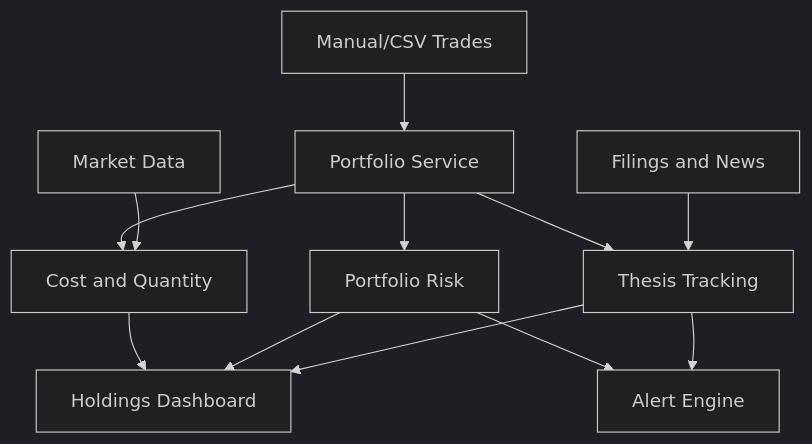
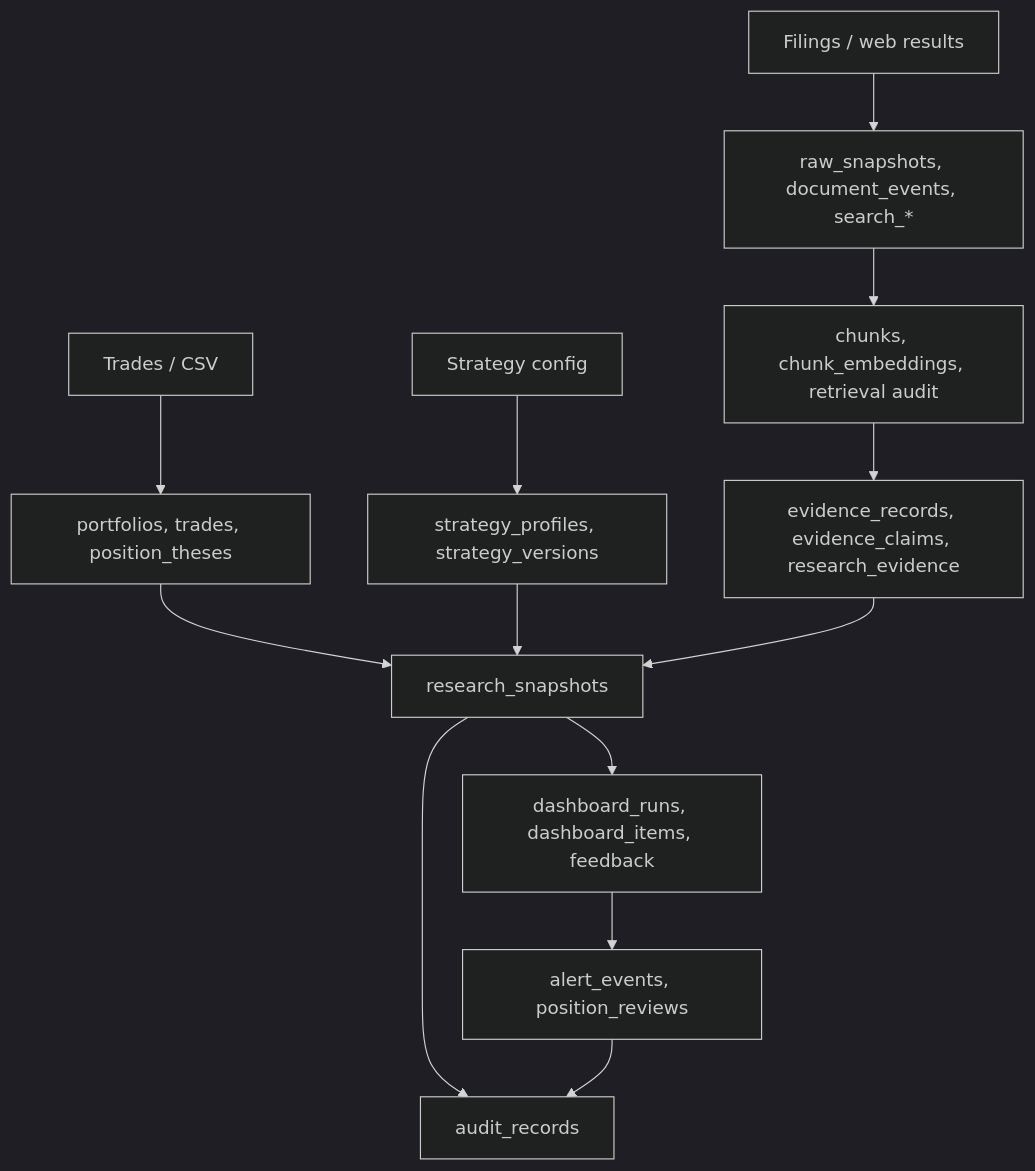
Before and after one commit to RickyW0529/Margin: the seventh of 8 diagrams in docs/design/v0.1/architecture/Margin_Architecture_Design_v0.1_EN.md, drawn with Mermaid (dark theme). The commit also changed other lines of this file and 171 other files, not shown here.

````diff
--- a/docs/design/v0.1/architecture/Margin_Architecture_Design_v0.1_EN.md
+++ b/docs/design/v0.1/architecture/Margin_Architecture_Design_v0.1_EN.md
@@ -582,14 +232,15 @@
 ```mermaid
 flowchart TB
-    T[Manual/CSV Trades] --> P[Portfolio Service]
-    P --> C[Cost and Quantity]
-    P --> R[Portfolio Risk]
-    P --> H[Thesis Tracking]
-    M[Market Data] --> C
-    N[Filings and News] --> H
-    C --> UI[Holdings Dashboard]
-    R --> UI
-    H --> UI
-    R --> A[Alert Engine]
-    H --> A
+    Trades[Trades / CSV] --> Portfolio[portfolios, trades, position_theses]
+    Sources[Filings / web results] --> News[raw_snapshots, document_events, search_*]
+    News --> Vector[chunks, chunk_embeddings, retrieval audit]
+    StrategyInput[Strategy config] --> Strategy[strategy_profiles, strategy_versions]
+    Vector --> Evidence[evidence_records, evidence_claims, research_evidence]
+    Portfolio --> Research[research_snapshots]
+    Strategy --> Research
+    Evidence --> Research
+    Research --> Dashboard[dashboard_runs, dashboard_items, feedback]
+    Dashboard --> Monitoring[alert_events, position_reviews]
+    Research --> Audit[audit_records]
+    Monitoring --> Audit
 ```
````
